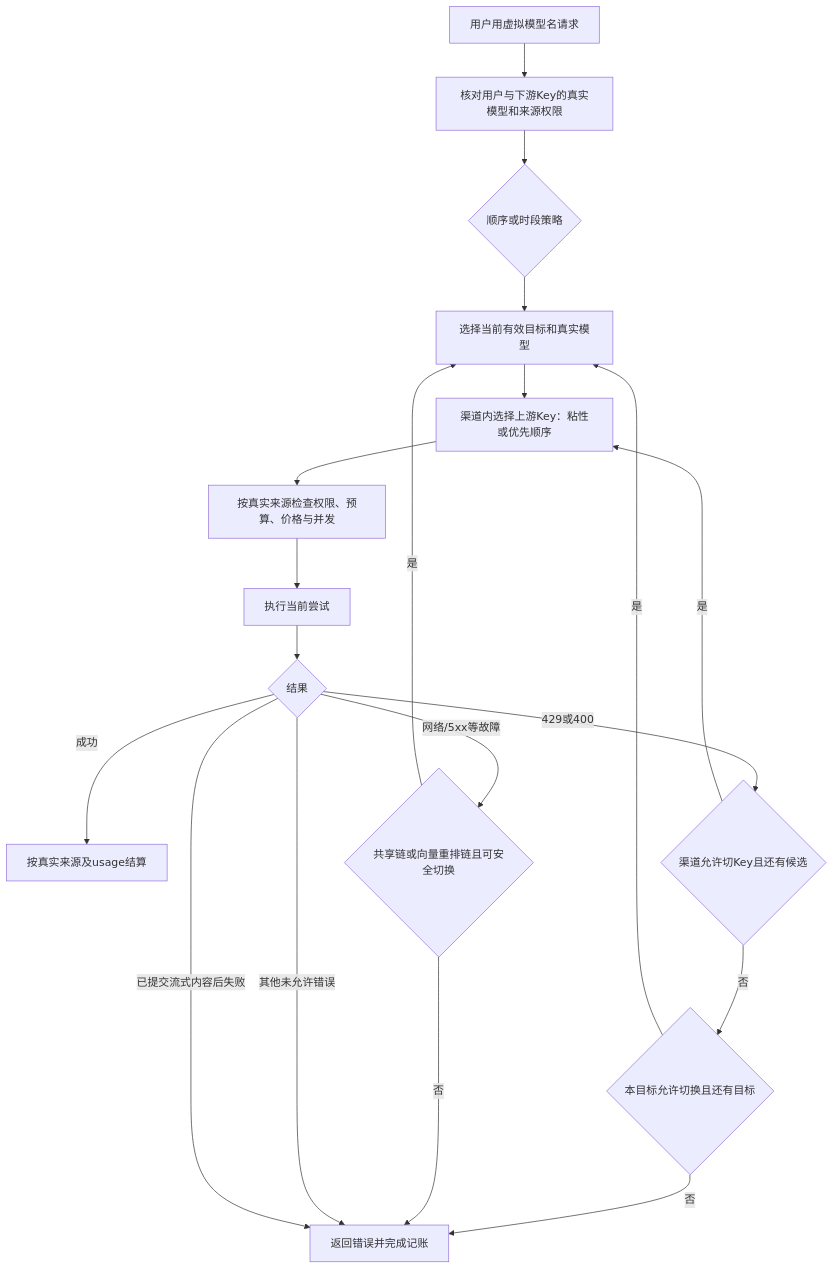
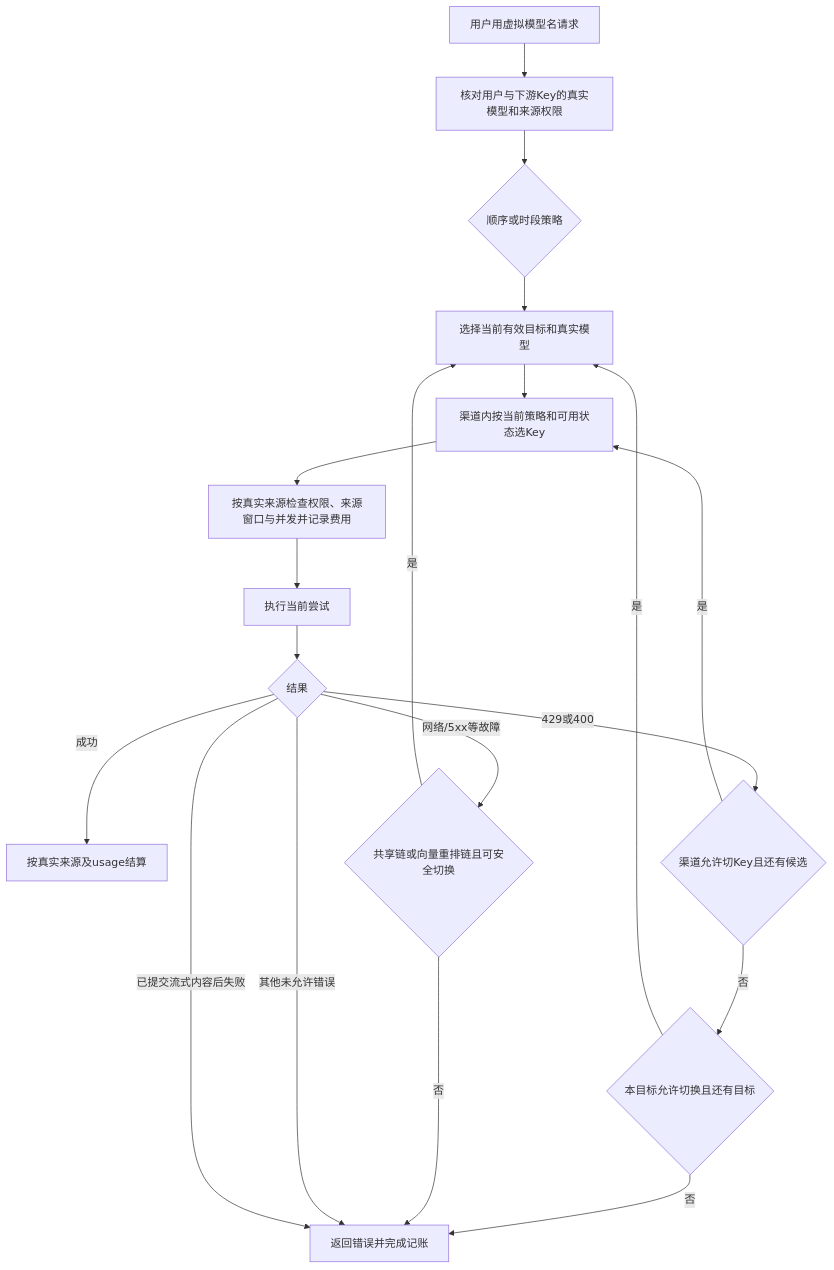
One commit to qiwolf/tokengo changed the diagram in docs/provider-key-pools.md. Above: the diagram before and after it, drawn with Mermaid. The commit also changed other lines of this file and 21 other files, not shown here.

````diff
--- a/docs/provider-key-pools.md
+++ b/docs/provider-key-pools.md
@@ -29,21 +29,21 @@
 ```mermaid
 flowchart TD
     A[用户用虚拟模型名请求] --> B[核对用户与下游Key的真实模型和来源权限]
     B --> C{顺序或时段策略}
     C --> D[选择当前有效目标和真实模型]
-    D --> E[渠道内选择上游Key：粘性或优先顺序]
-    E --> F[按真实来源检查权限、预算、价格与并发]
+    D --> E[渠道内按当前策略和可用状态选Key]
+    E --> F[按真实来源检查权限、来源窗口与并发并记录费用]
     F --> G[执行当前尝试]
     G --> H{结果}
     H -->|成功| I[按真实来源及usage结算]
     H -->|429或400| J{渠道允许切Key且还有候选}
     J -->|是| E
     J -->|否| K{本目标允许切换且还有目标}
     K -->|是| D
     K -->|否| L[返回错误并完成记账]
     H -->|网络/5xx等故障| M{共享链或向量重排链且可安全切换}
     M -->|是| D
     M -->|否| L
     H -->|其他未允许错误| L
     H -->|已提交流式内容后失败| L
 ```
````
